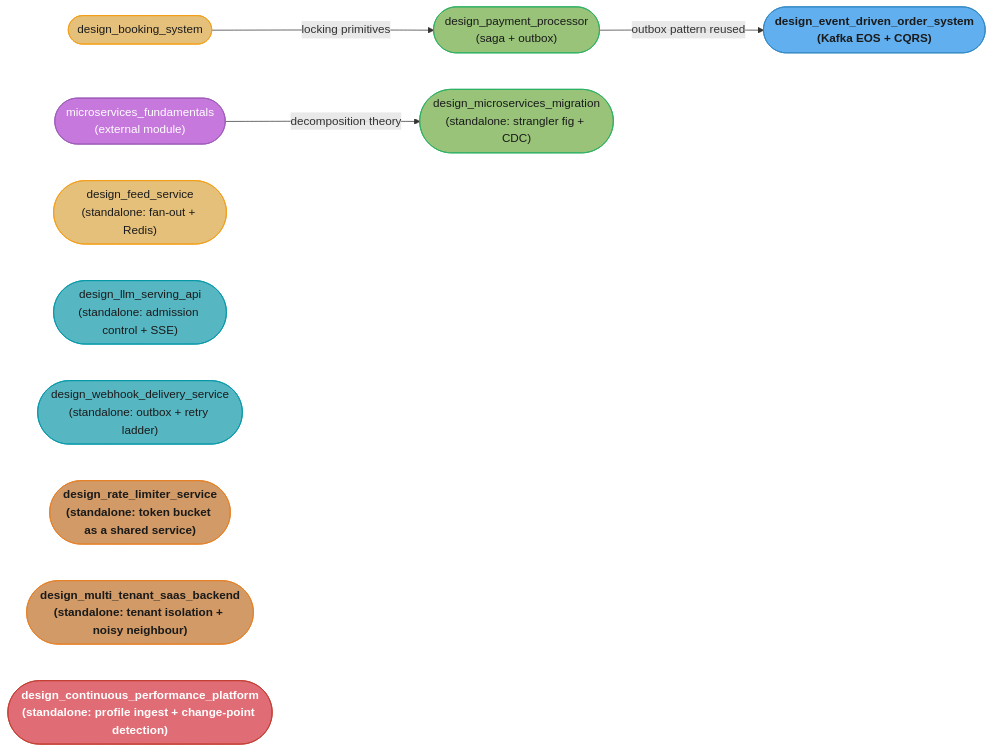
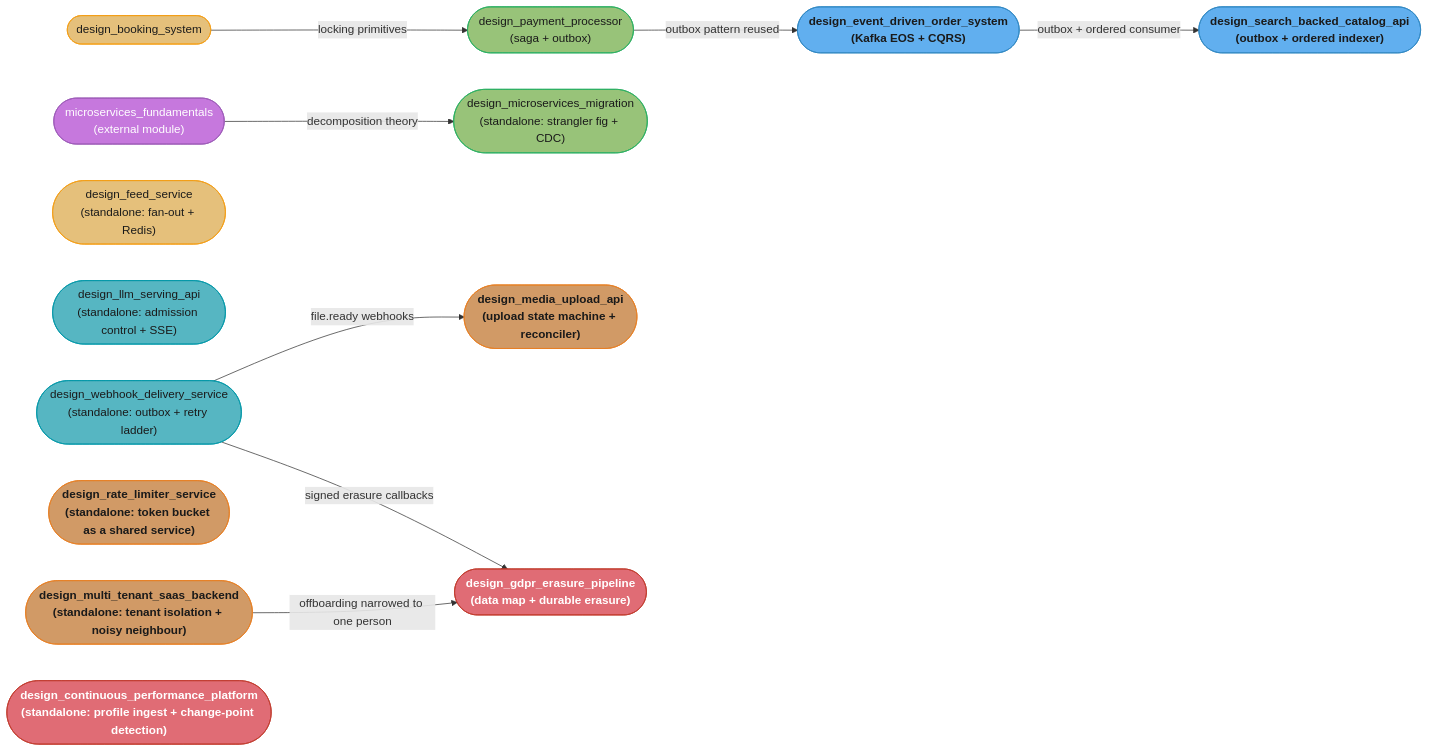
The diagram in src/main/java/com/rutik/systemdesign/backend/case_studies/case_studies.md (rppol/system-design), drawn with Mermaid before and after one commit. The commit also changed other lines of this file and 51 other files, not shown here.

````diff
--- a/src/main/java/com/rutik/systemdesign/backend/case_studies/case_studies.md
+++ b/src/main/java/com/rutik/systemdesign/backend/case_studies/case_studies.md
@@ -104,28 +126,36 @@
 ```mermaid
 flowchart LR
     classDef io      fill:#61afef,stroke:#2e86c1,color:#1a1a1a,font-weight:bold
     classDef frozen  fill:#c678dd,stroke:#9b59b6,color:#fff
     classDef train   fill:#98c379,stroke:#27ae60,color:#1a1a1a
     classDef mathOp  fill:#d19a66,stroke:#e67e22,color:#1a1a1a,font-weight:bold
     classDef lossN   fill:#e06c75,stroke:#c0392b,color:#fff,font-weight:bold
     classDef req     fill:#56b6c2,stroke:#0097a7,color:#1a1a1a
     classDef base    fill:#e5c07b,stroke:#f39c12,color:#1a1a1a
 
     booking(["design_booking_system"]) -->|"locking primitives"| payment(["design_payment_processor<br/>(saga + outbox)"])
     payment -->|"outbox pattern reused"| eventOrder(["design_event_driven_order_system<br/>(Kafka EOS + CQRS)"])
     msFund(["microservices_fundamentals<br/>(external module)"]) -->|"decomposition theory"| migration(["design_microservices_migration<br/>(standalone: strangler fig + CDC)"])
     feed(["design_feed_service<br/>(standalone: fan-out + Redis)"])
     llmapi(["design_llm_serving_api<br/>(standalone: admission control + SSE)"])
     webhook(["design_webhook_delivery_service<br/>(standalone: outbox + retry ladder)"])
     ratelimit(["design_rate_limiter_service<br/>(standalone: token bucket as a shared service)"])
     saas(["design_multi_tenant_saas_backend<br/>(standalone: tenant isolation + noisy neighbour)"])
     perfplat(["design_continuous_performance_platform<br/>(standalone: profile ingest + change-point detection)"])
+    catalog(["design_search_backed_catalog_api<br/>(outbox + ordered indexer)"])
+    media(["design_media_upload_api<br/>(upload state machine + reconciler)"])
+    gdpr(["design_gdpr_erasure_pipeline<br/>(data map + durable erasure)"])
+
+    eventOrder -->|"outbox + ordered consumer"| catalog
+    webhook -->|"file.ready webhooks"| media
+    webhook -->|"signed erasure callbacks"| gdpr
+    saas -->|"offboarding narrowed to one person"| gdpr
 
     class booking,feed base
     class llmapi,webhook req
     class payment,migration train
-    class eventOrder io
+    class eventOrder,catalog io
     class msFund frozen
-    class ratelimit,saas mathOp
-    class perfplat lossN
+    class ratelimit,saas,media mathOp
+    class perfplat,gdpr lossN
 ```
````
